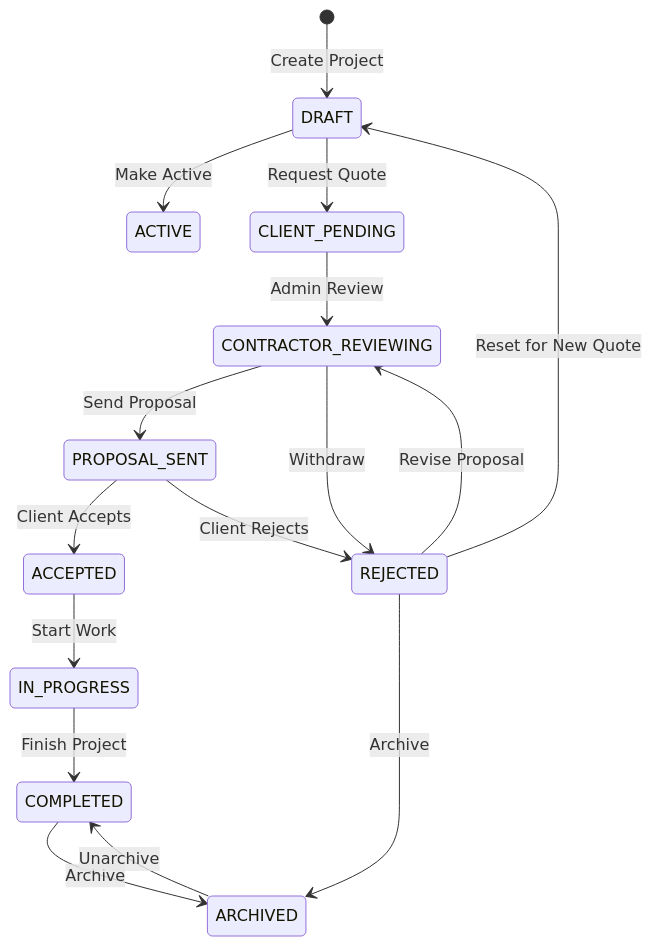
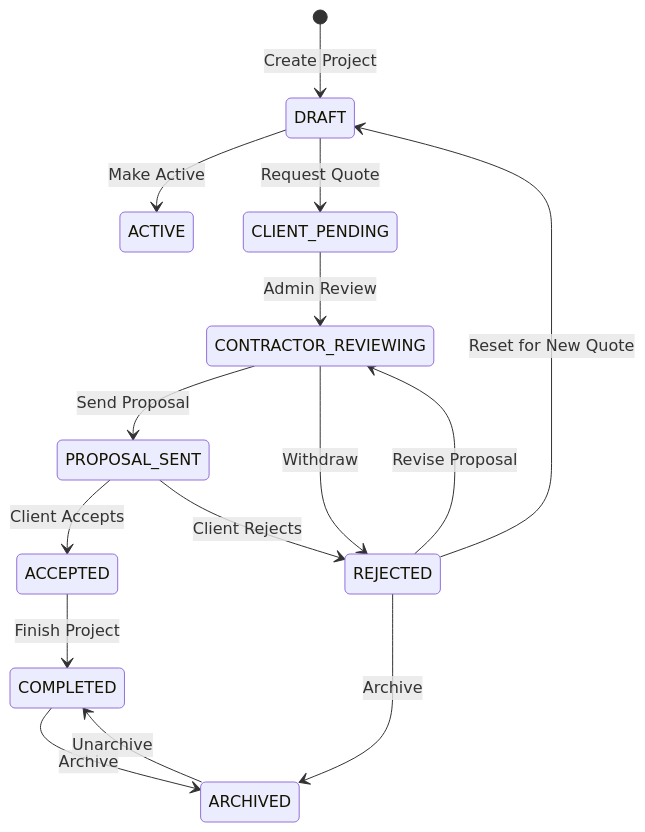
The fourth of 10 diagrams in README.md (Justin322322/roofcal), drawn with Mermaid before and after one commit. The commit also changed other lines of this file and 18 other files, not shown here.

````diff
--- a/README.md
+++ b/README.md
@@ -327,18 +395,17 @@
 ```mermaid
 stateDiagram-v2
     [*] --> DRAFT: Create Project
     DRAFT --> ACTIVE: Make Active
     DRAFT --> CLIENT_PENDING: Request Quote
     CLIENT_PENDING --> CONTRACTOR_REVIEWING: Admin Review
     CONTRACTOR_REVIEWING --> PROPOSAL_SENT: Send Proposal
     CONTRACTOR_REVIEWING --> REJECTED: Withdraw
     PROPOSAL_SENT --> ACCEPTED: Client Accepts
     PROPOSAL_SENT --> REJECTED: Client Rejects
-    ACCEPTED --> IN_PROGRESS: Start Work
-    IN_PROGRESS --> COMPLETED: Finish Project
+    ACCEPTED --> COMPLETED: Finish Project
     COMPLETED --> ARCHIVED: Archive
     REJECTED --> DRAFT: Reset for New Quote
     REJECTED --> CONTRACTOR_REVIEWING: Revise Proposal
     REJECTED --> ARCHIVED: Archive
     ARCHIVED --> COMPLETED: Unarchive
 ```
````
